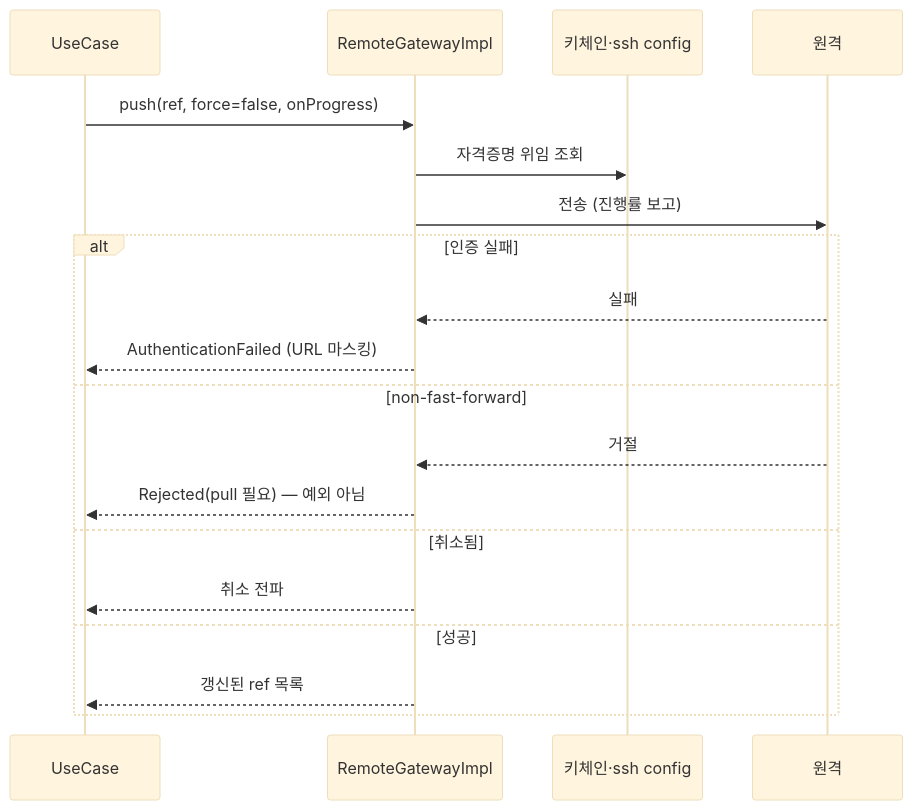
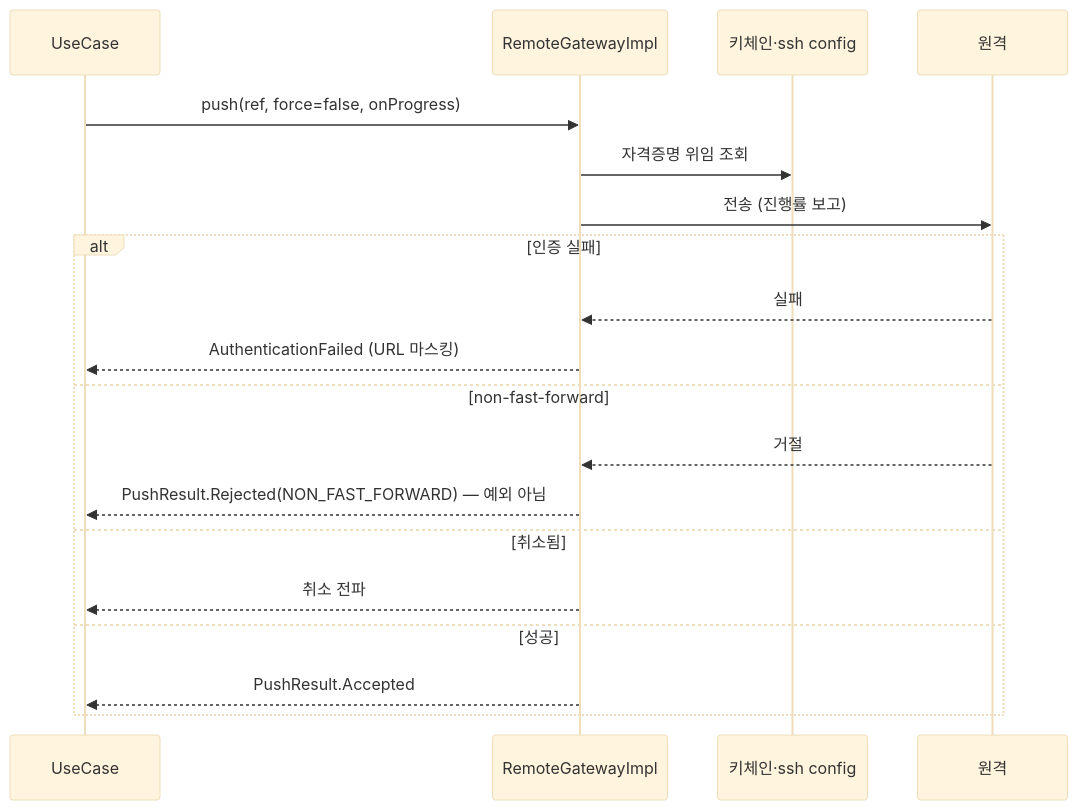
Before and after one commit to biuea3866/gitkraken-clone-app: the first of 2 diagrams in tickets/UND-08-remote-sync-auth.md, drawn with Mermaid (base theme). The commit also changed other lines of this file and 9 other files, not shown here.

````diff
--- a/tickets/UND-08-remote-sync-auth.md
+++ b/tickets/UND-08-remote-sync-auth.md
@@ -39,21 +39,21 @@
 ```mermaid
 sequenceDiagram
     participant UC as UseCase
     participant GW as RemoteGatewayImpl
     participant Cred as 키체인·ssh config
     participant Remote as 원격
     UC->>GW: push(ref, force=false, onProgress)
     GW->>Cred: 자격증명 위임 조회
     GW->>Remote: 전송 (진행률 보고)
     alt 인증 실패
         Remote-->>GW: 실패
         GW-->>UC: AuthenticationFailed (URL 마스킹)
     else non-fast-forward
         Remote-->>GW: 거절
-        GW-->>UC: Rejected(pull 필요) — 예외 아님
+        GW-->>UC: PushResult.Rejected(NON_FAST_FORWARD) — 예외 아님
     else 취소됨
         GW-->>UC: 취소 전파
     else 성공
-        GW-->>UC: 갱신된 ref 목록
+        GW-->>UC: PushResult.Accepted
     end
 ```
````
